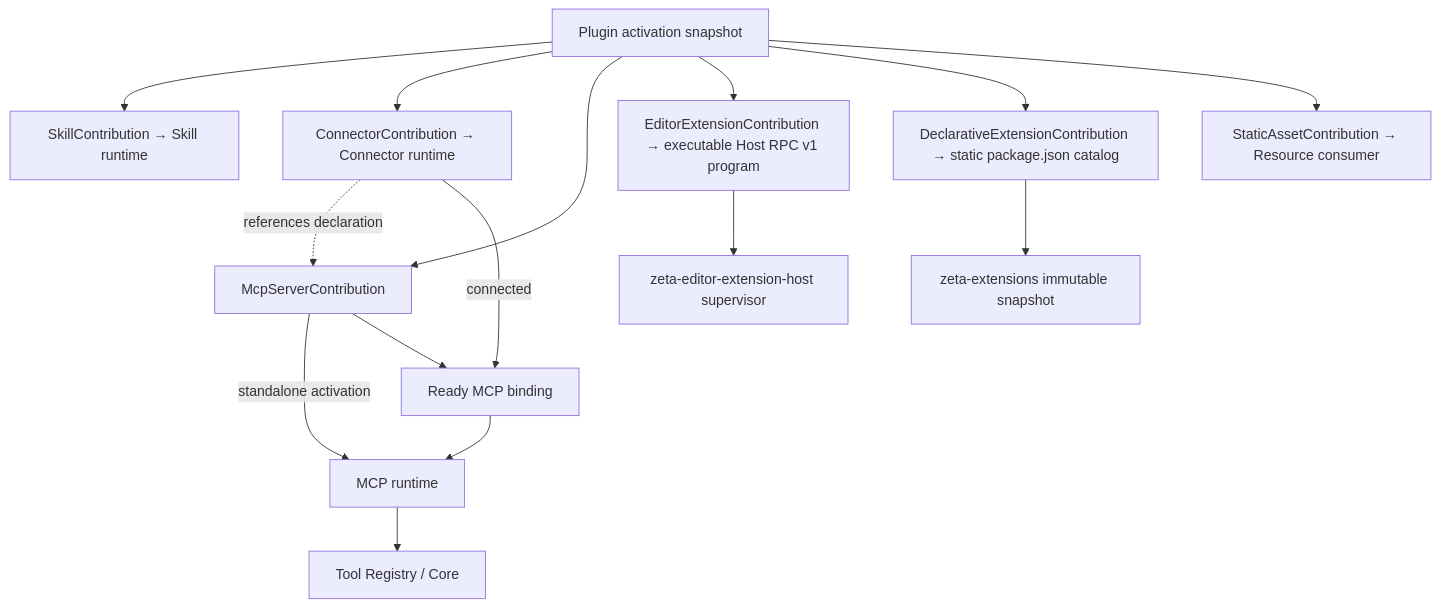
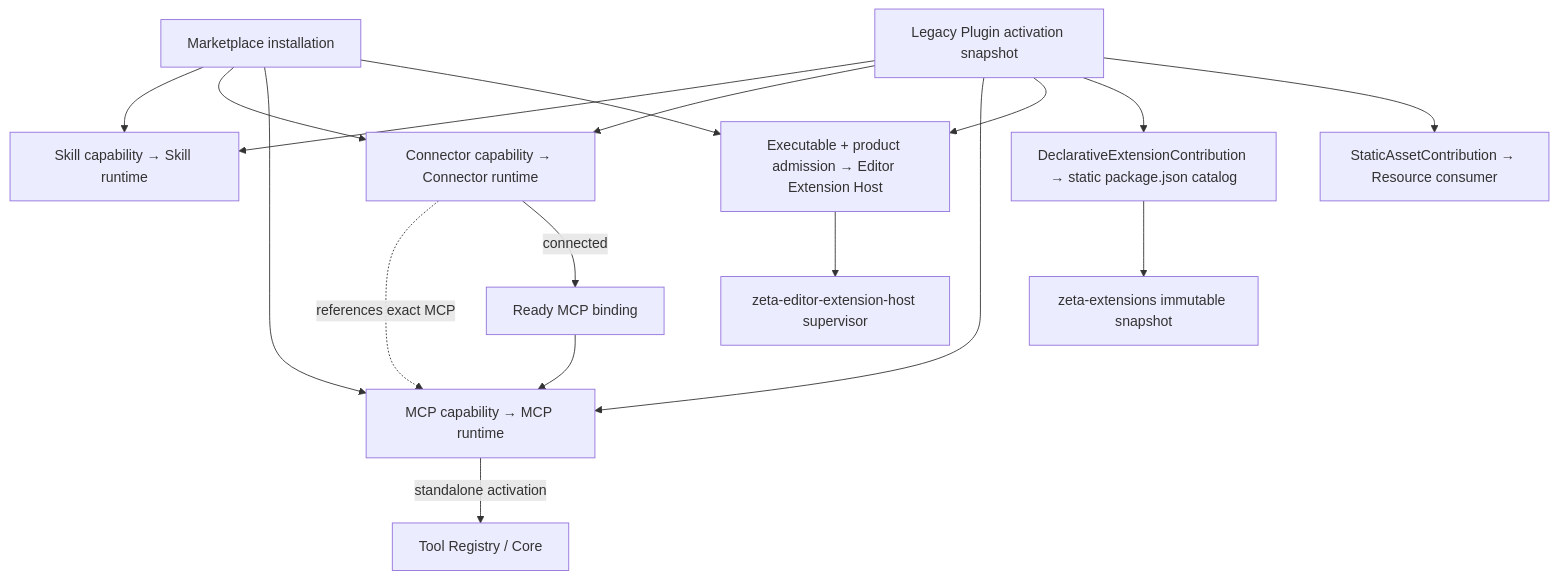
One commit to chogng/zeta changed the diagram in docs/plugins.md. Above: the diagram before and after it, drawn with Mermaid. The commit also changed other lines of this file and 352 other files, not shown here.

Commit message:
feat: expand workspace and editor runtime capabilities

````diff
--- a/docs/plugins.md
+++ b/docs/plugins.md
@@ -54,17 +63,19 @@
 ```mermaid
 flowchart TD
-    P["Plugin activation snapshot"] --> S["SkillContribution → Skill runtime"]
-    P --> C["ConnectorContribution → Connector runtime"]
-    P --> M["McpServerContribution"]
-    P --> E["EditorExtensionContribution → executable Host RPC v1 program"]
+    M["Marketplace installation"] --> S["Skill capability → Skill runtime"]
+    M --> C["Connector capability → Connector runtime"]
+    M --> R["MCP capability → MCP runtime"]
+    M --> E["Executable + product admission → Editor Extension Host"]
+    P["Legacy Plugin activation snapshot"] --> S
+    P --> C
+    P --> R
+    P --> E
     P --> D["DeclarativeExtensionContribution → static package.json catalog"]
     P --> A["StaticAssetContribution → Resource consumer"]
-    C -. "references declaration" .-> M
+    C -. "references exact MCP" .-> R
     C -->|"connected"| B["Ready MCP binding"]
-    M -->|"standalone activation"| R["MCP runtime"]
-    M --> B
+    R -->|"standalone activation"| T["Tool Registry / Core"]
     E --> H["zeta-editor-extension-host supervisor"]
     D --> X["zeta-extensions immutable snapshot"]
     B --> R
-    R --> T["Tool Registry / Core"]
 ```
````
